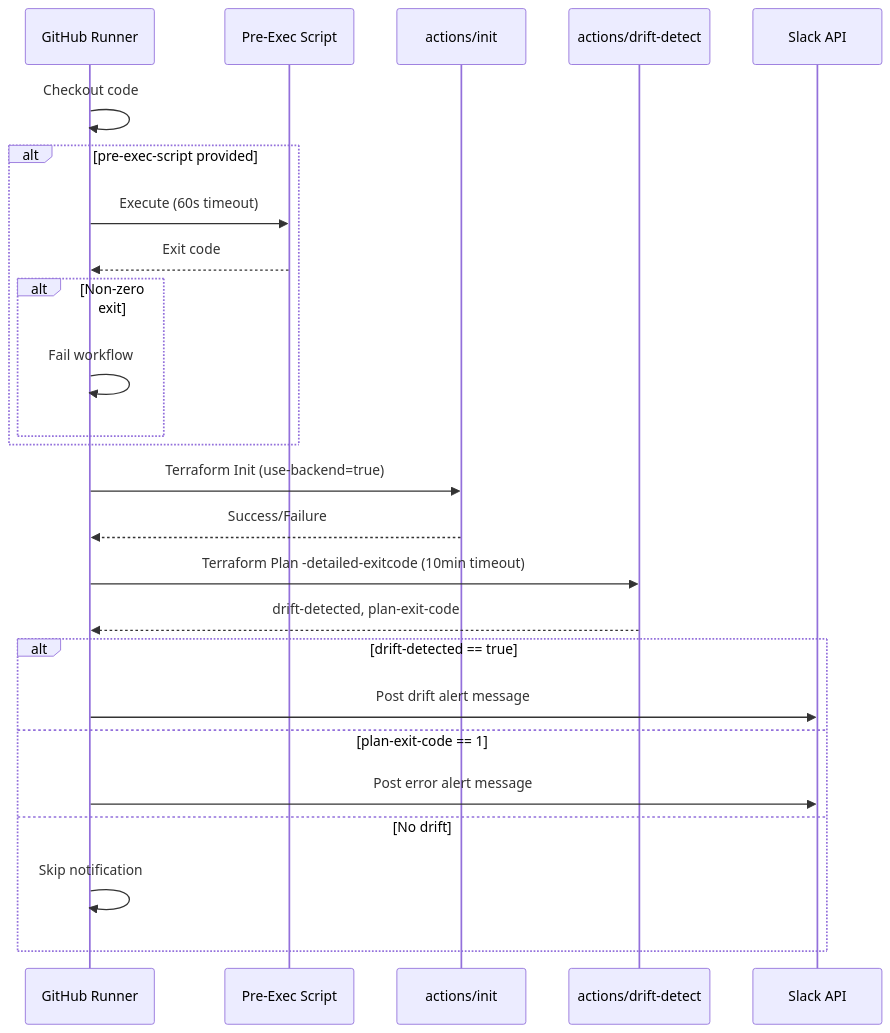
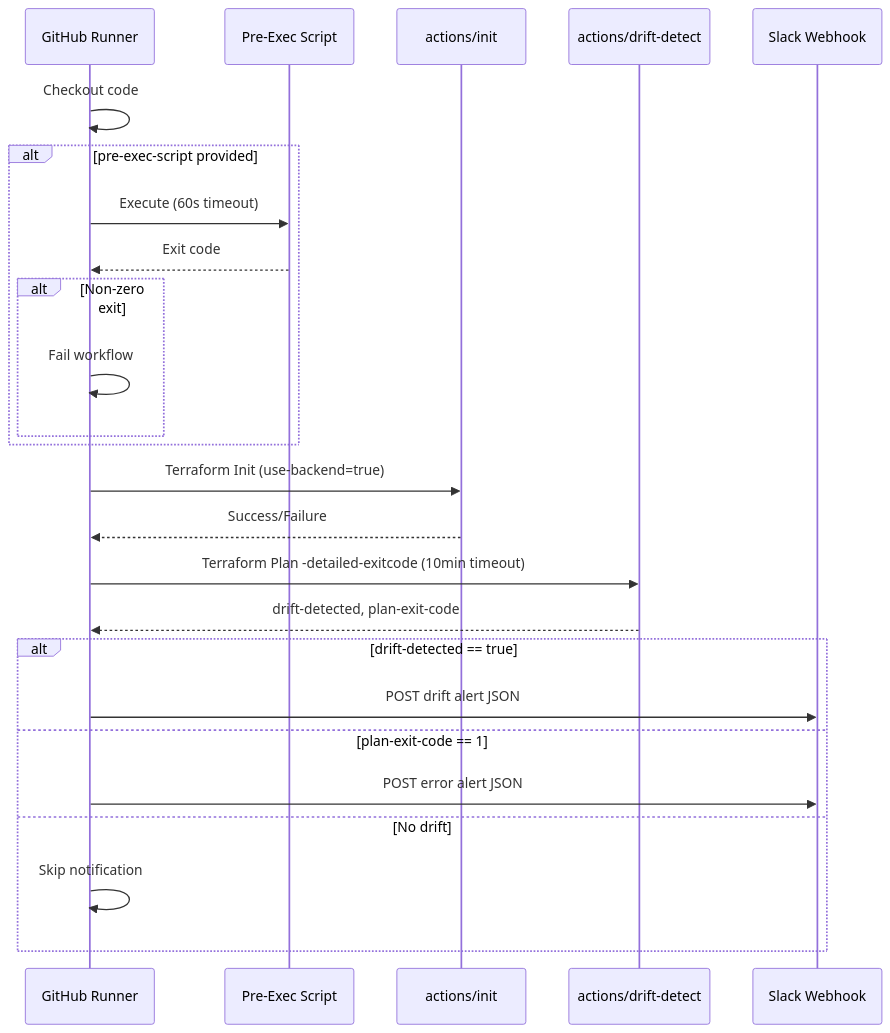
One commit to Home-Office-Digital/core-cloud-workflow-terraform-actions changed the second of 3 diagrams in .kiro/specs/terraform-drift-detection/design.md. Above: the diagram before and after it, drawn with Mermaid. The commit also changed other lines of this file and 2 other files, not shown here.

Commit message:
feat: update design to use webhook token

````diff
--- a/.kiro/specs/terraform-drift-detection/design.md
+++ b/.kiro/specs/terraform-drift-detection/design.md
@@ -171,28 +171,28 @@
 ```mermaid
 sequenceDiagram
     participant Runner as GitHub Runner
     participant PreExec as Pre-Exec Script
     participant Init as actions/init
     participant DriftDetect as actions/drift-detect
-    participant Slack as Slack API
+    participant Slack as Slack Webhook
 
     Runner->>Runner: Checkout code
     alt pre-exec-script provided
         Runner->>PreExec: Execute (60s timeout)
         PreExec-->>Runner: Exit code
         alt Non-zero exit
             Runner->>Runner: Fail workflow
         end
     end
     Runner->>Init: Terraform Init (use-backend=true)
     Init-->>Runner: Success/Failure
     Runner->>DriftDetect: Terraform Plan -detailed-exitcode (10min timeout)
     DriftDetect-->>Runner: drift-detected, plan-exit-code
     alt drift-detected == true
-        Runner->>Slack: Post drift alert message
+        Runner->>Slack: POST drift alert JSON
     else plan-exit-code == 1
-        Runner->>Slack: Post error alert message
+        Runner->>Slack: POST error alert JSON
     else No drift
         Runner->>Runner: Skip notification
     end
 ```
````
